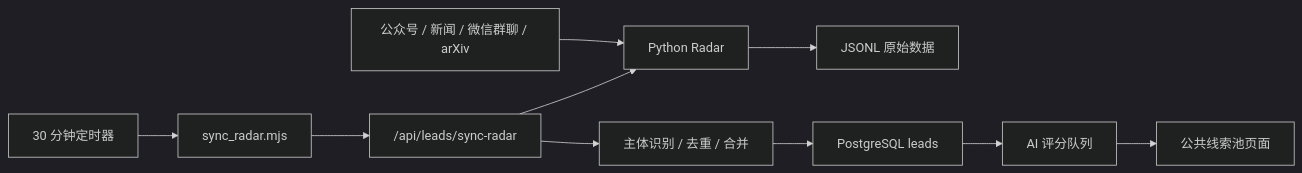
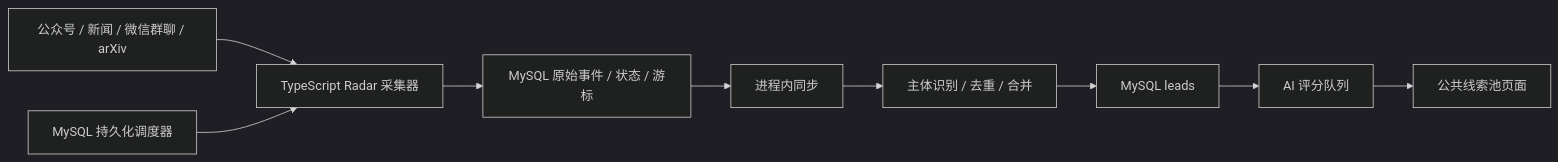
The sixth of 6 diagrams in docs/项目架构与技术交接文档.md (CusYojo/CNVC_OS), drawn with Mermaid (dark theme) before and after one commit. The commit also changed other lines of this file and 612 other files, not shown here.

````diff
--- a/docs/项目架构与技术交接文档.md
+++ b/docs/项目架构与技术交接文档.md
@@ -246,12 +236,11 @@
 ```mermaid
 flowchart LR
-    SOURCE["公众号 / 新闻 / 微信群聊 / arXiv"] --> RADAR["Python Radar"]
-    RADAR --> JSONL["JSONL 原始数据"]
-    TIMER["30 分钟定时器"] --> SYNC["sync_radar.mjs"]
-    SYNC --> API["/api/leads/sync-radar"]
-    API --> RADAR
-    API --> MERGE["主体识别 / 去重 / 合并"]
-    MERGE --> LEADS["PostgreSQL leads"]
+    SOURCE["公众号 / 新闻 / 微信群聊 / arXiv"] --> RADAR["TypeScript Radar 采集器"]
+    SCHED["MySQL 持久化调度器"] --> RADAR
+    RADAR --> RAW["MySQL 原始事件 / 状态 / 游标"]
+    RAW --> SYNC["进程内同步"]
+    SYNC --> MERGE["主体识别 / 去重 / 合并"]
+    MERGE --> LEADS["MySQL leads"]
     LEADS --> SCORE["AI 评分队列"]
     SCORE --> PAGE["公共线索池页面"]
 ```
````
